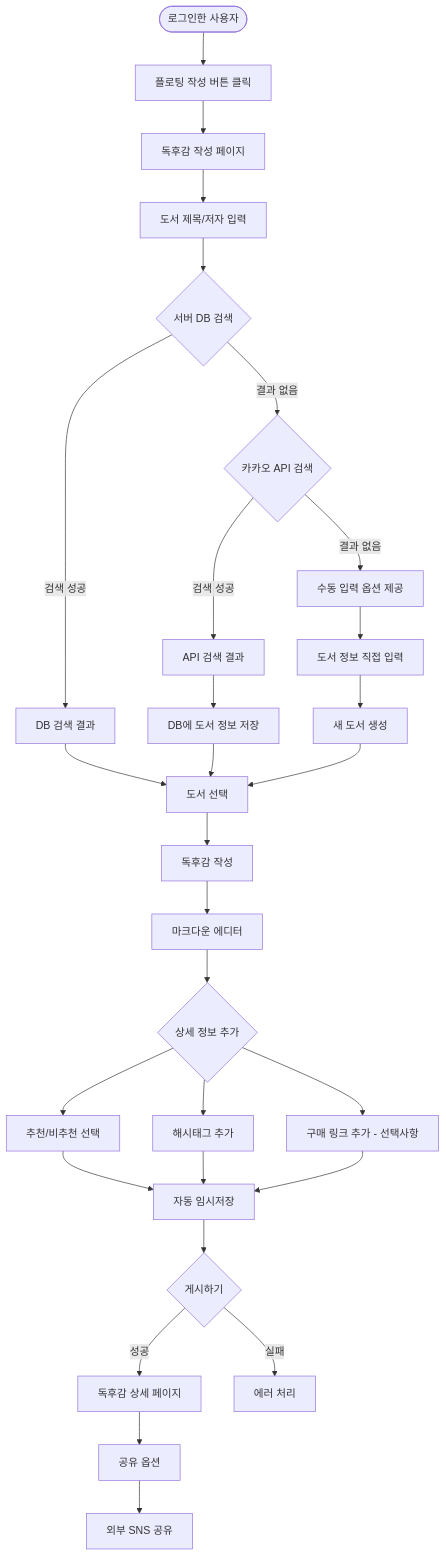
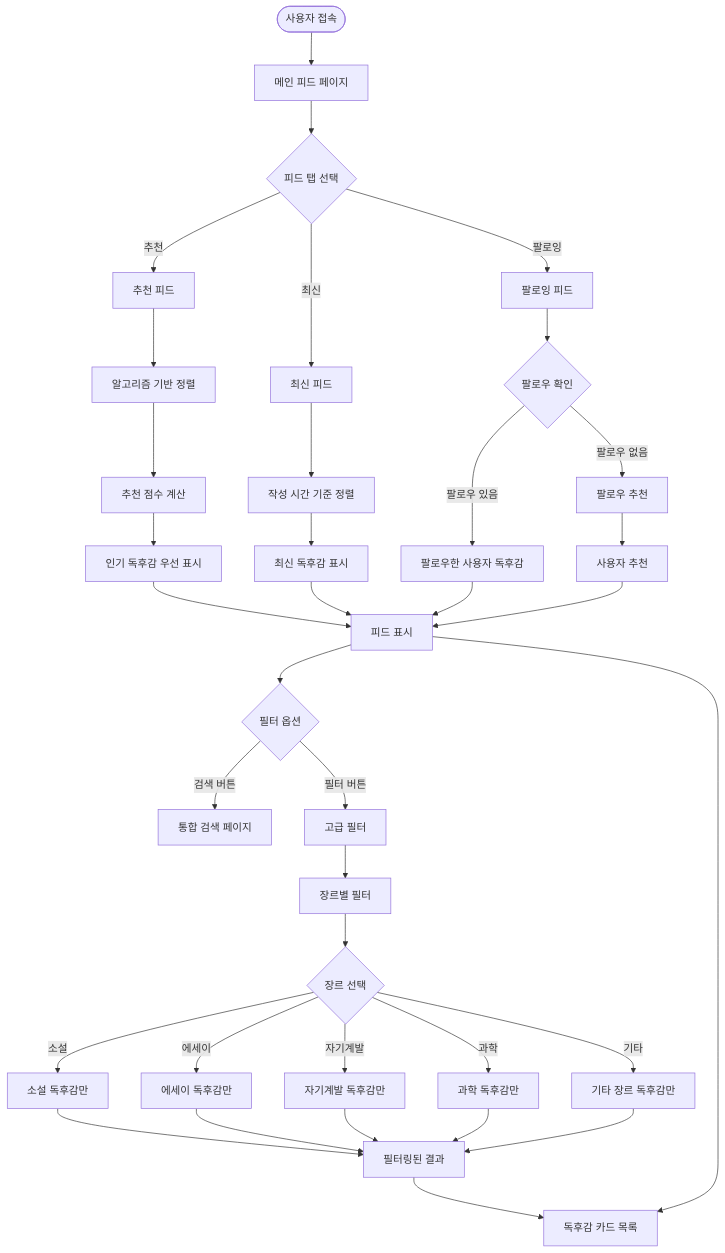
One commit to zerodice0/readzone changed the first of 9 diagrams in docs/user-flows.md. Above: the diagram before and after it, drawn with Mermaid. The commit also changed other lines of this file and 23 other files, not shown here.

Commit message:
docs: update prd and user-flow.

````diff
--- a/docs/user-flows.md
+++ b/docs/user-flows.md
@@ -44,40 +82,47 @@
 ```mermaid
 flowchart TD
-    Start([로그인한 사용자]) --> FloatingButton[플로팅 작성 버튼 클릭]
-    FloatingButton --> WritePage[독후감 작성 페이지]
+    Start([사용자 접속]) --> MainFeed[메인 피드 페이지]
     
-    WritePage --> BookSearchInput[도서 제목/저자 입력]
-    BookSearchInput --> ServerDB{서버 DB 검색}
+    MainFeed --> FeedTabs{피드 탭 선택}
+    FeedTabs -->|추천| RecommendedFeed[추천 피드]
+    FeedTabs -->|최신| LatestFeed[최신 피드]
+    FeedTabs -->|팔로잉| FollowingFeed[팔로잉 피드]
     
-    ServerDB -->|검색 성공| DBResults[DB 검색 결과]
-    DBResults --> SelectBook[도서 선택]
+    RecommendedFeed --> AlgorithmSort[알고리즘 기반 정렬]
+    AlgorithmSort --> CalculateScore[추천 점수 계산]
+    CalculateScore --> PopularContent[인기 독후감 우선 표시]
     
-    ServerDB -->|결과 없음| KakaoAPI{카카오 API 검색}
-    KakaoAPI -->|검색 성공| APIResults[API 검색 결과]
-    APIResults --> SaveToDB[DB에 도서 정보 저장]
-    SaveToDB --> SelectBook
+    LatestFeed --> TimeSort[작성 시간 기준 정렬]
+    TimeSort --> RecentContent[최신 독후감 표시]
     
-    KakaoAPI -->|결과 없음| ManualEntry[수동 입력 옵션 제공]
-    ManualEntry --> InputBookInfo[도서 정보 직접 입력]
-    InputBookInfo --> CreateBook[새 도서 생성]
-    CreateBook --> SelectBook
+    FollowingFeed --> CheckFollowing{팔로우 확인}
+    CheckFollowing -->|팔로우 있음| FollowingContent[팔로우한 사용자 독후감]
+    CheckFollowing -->|팔로우 없음| EmptyState[팔로우 추천]
     
-    SelectBook --> WriteReview[독후감 작성]
-    WriteReview --> MarkdownEditor[마크다운 에디터]
+    PopularContent --> DisplayFeed[피드 표시]
+    RecentContent --> DisplayFeed
+    FollowingContent --> DisplayFeed
+    EmptyState --> SuggestUsers[사용자 추천]
+    SuggestUsers --> DisplayFeed
     
-    MarkdownEditor --> AddDetails{상세 정보 추가}
-    AddDetails --> RecommendChoice[추천/비추천 선택]
-    AddDetails --> AddTags[해시태그 추가]
-    AddDetails --> AddPurchaseLink[구매 링크 추가 - 선택사항]
+    DisplayFeed --> FilterOptions{필터 옵션}
+    FilterOptions -->|검색 버튼| SearchPage[통합 검색 페이지]
+    FilterOptions -->|필터 버튼| AdvancedFilter[고급 필터]
     
-    RecommendChoice --> AutoSave[자동 임시저장]
-    AddTags --> AutoSave
-    AddPurchaseLink --> AutoSave
+    AdvancedFilter --> GenreFilter[장르별 필터]
+    GenreFilter --> GenreSelection{장르 선택}
+    GenreSelection -->|소설| FictionFilter[소설 독후감만]
+    GenreSelection -->|에세이| EssayFilter[에세이 독후감만]
+    GenreSelection -->|자기계발| SelfHelpFilter[자기계발 독후감만]
+    GenreSelection -->|과학| ScienceFilter[과학 독후감만]
+    GenreSelection -->|기타| OtherFilter[기타 장르 독후감만]
     
-    AutoSave --> PublishReview{게시하기}
-    PublishReview -->|성공| ReviewDetail[독후감 상세 페이지]
-    PublishReview -->|실패| ErrorHandling[에러 처리]
+    FictionFilter --> FilteredResults[필터링된 결과]
+    EssayFilter --> FilteredResults
+    SelfHelpFilter --> FilteredResults
+    ScienceFilter --> FilteredResults
+    OtherFilter --> FilteredResults
     
-    ReviewDetail --> ShareOptions[공유 옵션]
-    ShareOptions --> ExternalShare[외부 SNS 공유]
+    FilteredResults --> ReviewCards[독후감 카드 목록]
+    DisplayFeed --> ReviewCards
 ```
````
